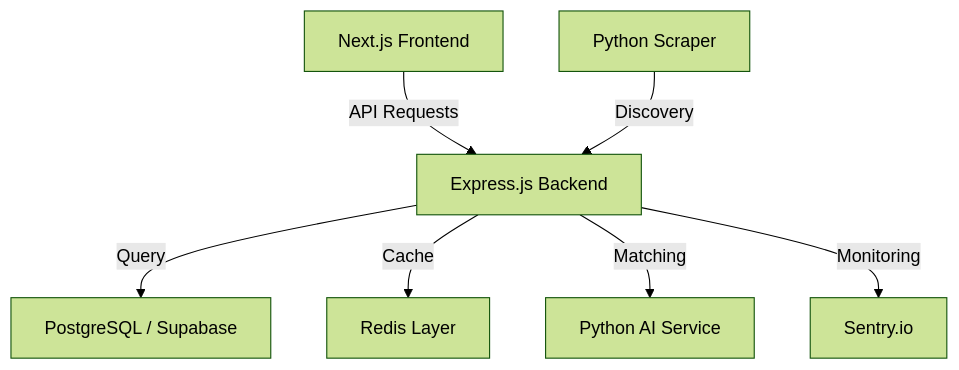
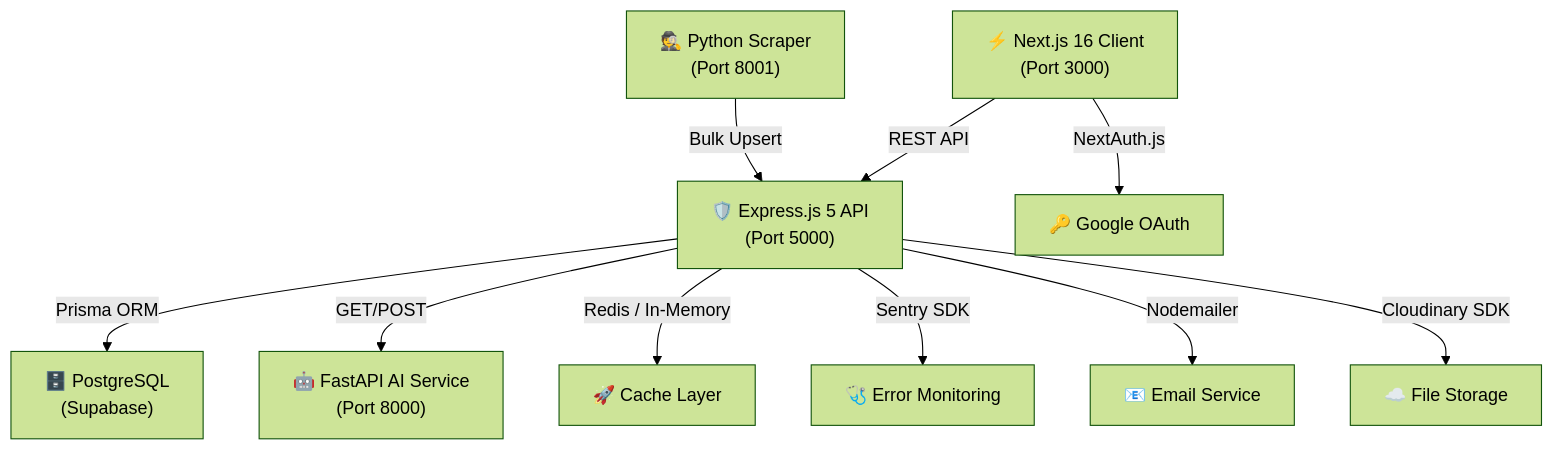
Before and after one commit to SekhSujonHaque2005/smart-scholarship-platform: the diagram in README.md, drawn with Mermaid (forest theme). The commit also changed other lines of this file and 10 other files, not shown here.

````diff
--- a/README.md
+++ b/README.md
@@ -13,9 +94,12 @@
 ```mermaid
 graph TD
-    A[Next.js Frontend] -->|API Requests| B[Express.js Backend]
-    B -->|Query| C[PostgreSQL / Supabase]
-    B -->|Cache| D[Redis Layer]
-    B -->|Matching| E[Python AI Service]
-    B -->|Monitoring| F[Sentry.io]
-    G[Python Scraper] -->|Discovery| B
+    A["⚡ Next.js 16 Client<br/>(Port 3000)"] -->|REST API| B["🛡️ Express.js 5 API<br/>(Port 5000)"]
+    B -->|Prisma ORM| C["🗄️ PostgreSQL<br/>(Supabase)"]
+    B -->|GET/POST| E["🤖 FastAPI AI Service<br/>(Port 8000)"]
+    B -->|Redis / In-Memory| D["🚀 Cache Layer"]
+    F["🕵️ Python Scraper<br/>(Port 8001)"] -->|Bulk Upsert| B
+    B -->|Sentry SDK| G["🩺 Error Monitoring"]
+    B -->|Nodemailer| H["📧 Email Service"]
+    B -->|Cloudinary SDK| I["☁️ File Storage"]
+    A -->|NextAuth.js| J["🔑 Google OAuth"]
 ```
````
